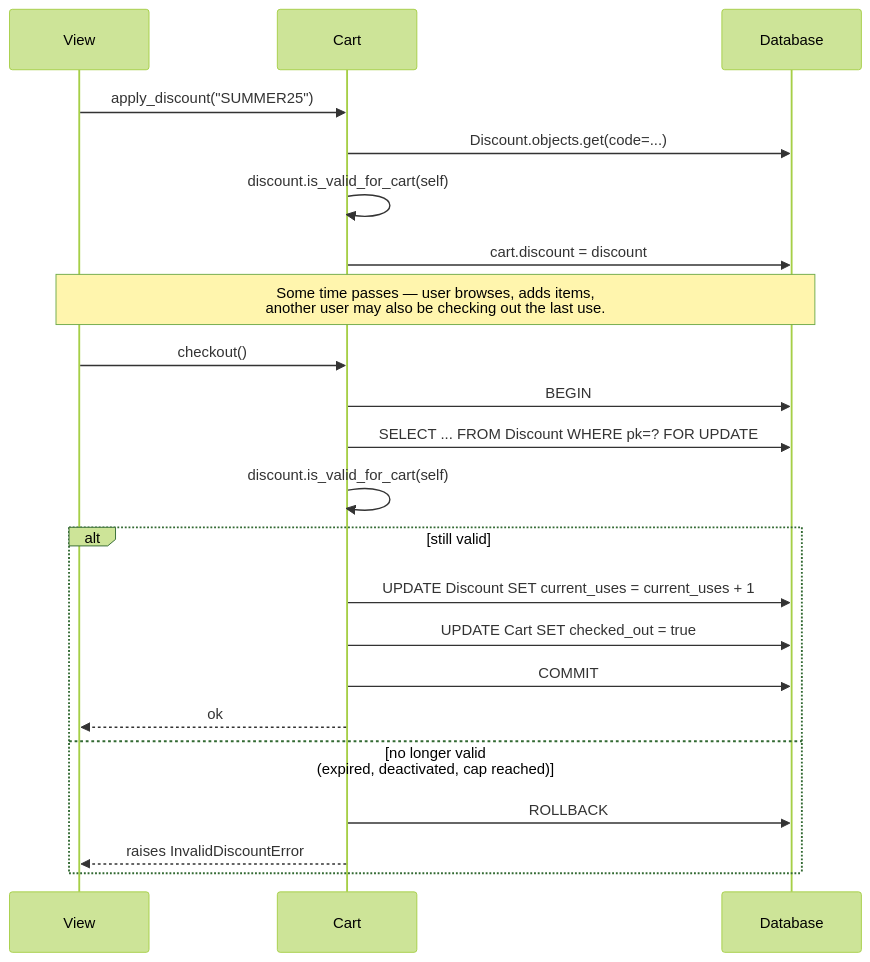
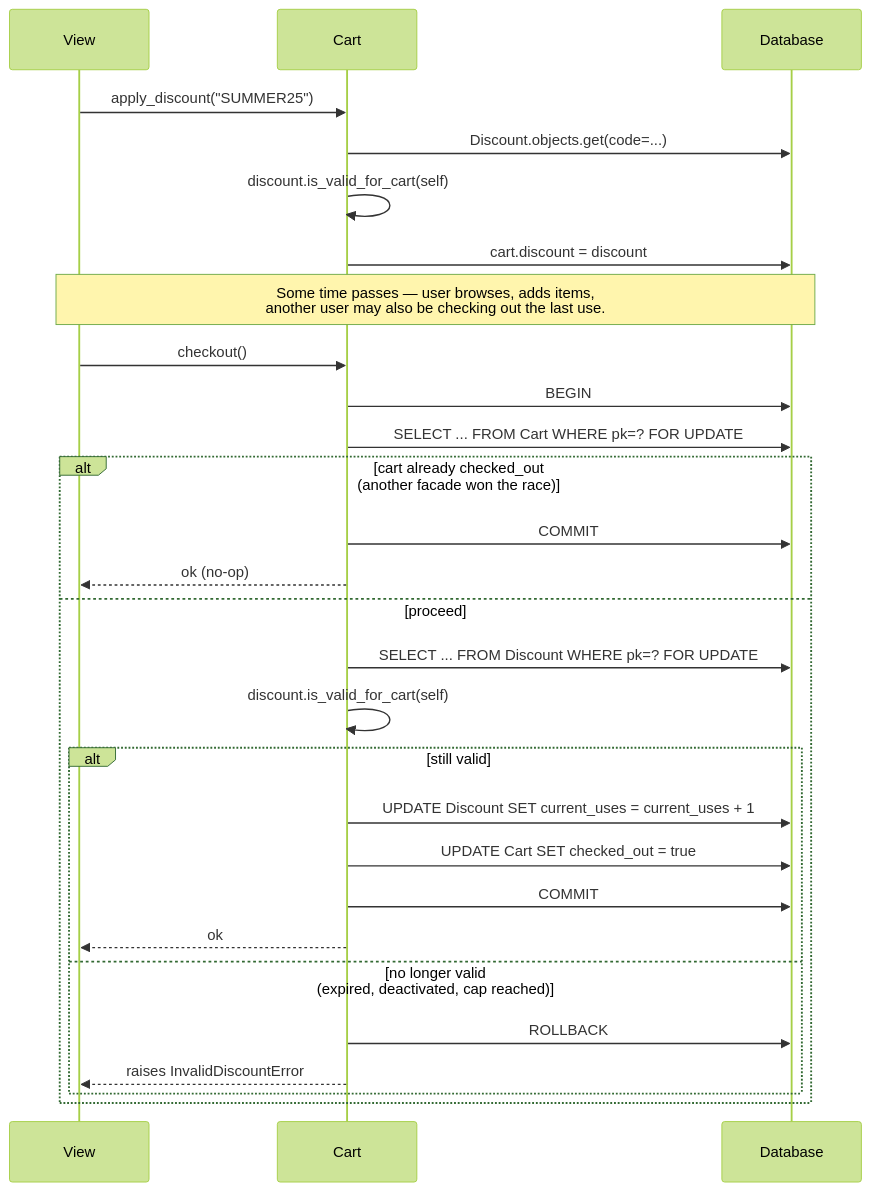
One commit to bmentges/django-cart changed the third of 5 diagrams in README.md. Above: the diagram before and after it, drawn with Mermaid (forest theme). The commit also changed other lines of this file and 4 other files, not shown here.

````diff
--- a/README.md
+++ b/README.md
@@ -438,28 +444,35 @@
 ```mermaid
 sequenceDiagram
     participant V as View
     participant C as Cart
     participant DB as Database
 
     V->>C: apply_discount("SUMMER25")
     C->>DB: Discount.objects.get(code=...)
     C->>C: discount.is_valid_for_cart(self)
     C->>DB: cart.discount = discount
 
     Note over V,DB: Some time passes — user browses, adds items,<br>another user may also be checking out the last use.
 
     V->>C: checkout()
     C->>DB: BEGIN
-    C->>DB: SELECT ... FROM Discount WHERE pk=? FOR UPDATE
-    C->>C: discount.is_valid_for_cart(self)
+    C->>DB: SELECT ... FROM Cart WHERE pk=? FOR UPDATE
 
-    alt still valid
-        C->>DB: UPDATE Discount SET current_uses = current_uses + 1
-        C->>DB: UPDATE Cart SET checked_out = true
+    alt cart already checked_out<br>(another facade won the race)
         C->>DB: COMMIT
-        C-->>V: ok
-    else no longer valid<br>(expired, deactivated, cap reached)
-        C->>DB: ROLLBACK
-        C-->>V: raises InvalidDiscountError
+        C-->>V: ok (no-op)
+    else proceed
+        C->>DB: SELECT ... FROM Discount WHERE pk=? FOR UPDATE
+        C->>C: discount.is_valid_for_cart(self)
+
+        alt still valid
+            C->>DB: UPDATE Discount SET current_uses = current_uses + 1
+            C->>DB: UPDATE Cart SET checked_out = true
+            C->>DB: COMMIT
+            C-->>V: ok
+        else no longer valid<br>(expired, deactivated, cap reached)
+            C->>DB: ROLLBACK
+            C-->>V: raises InvalidDiscountError
+        end
     end
 ```
````
